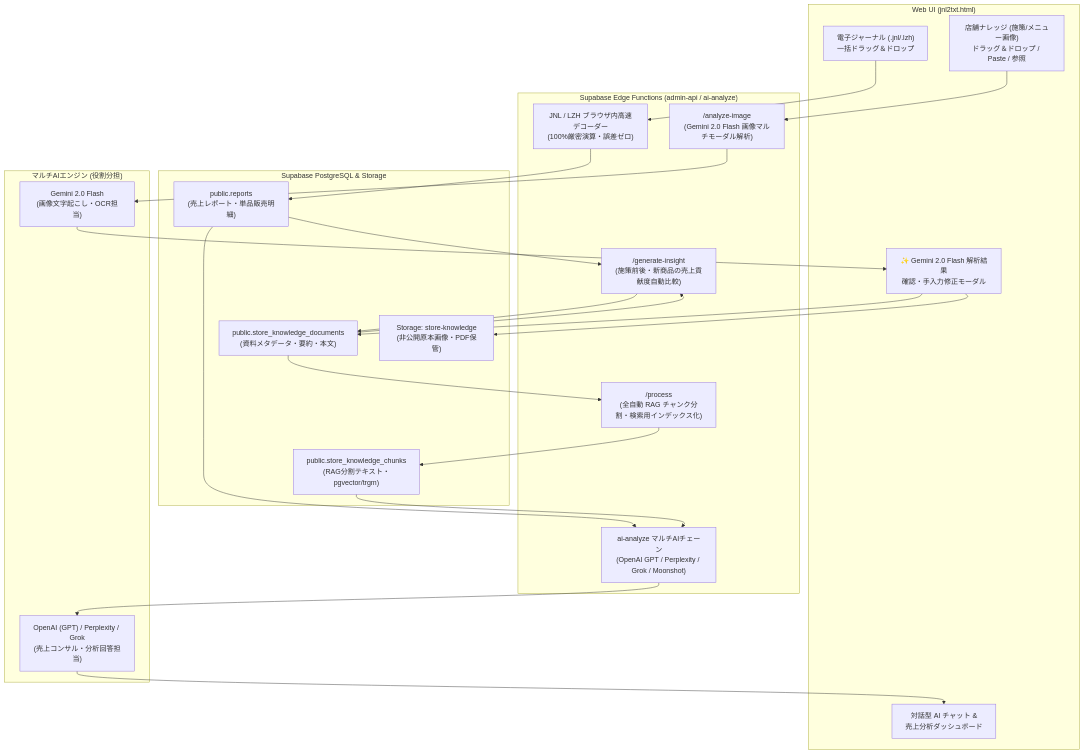
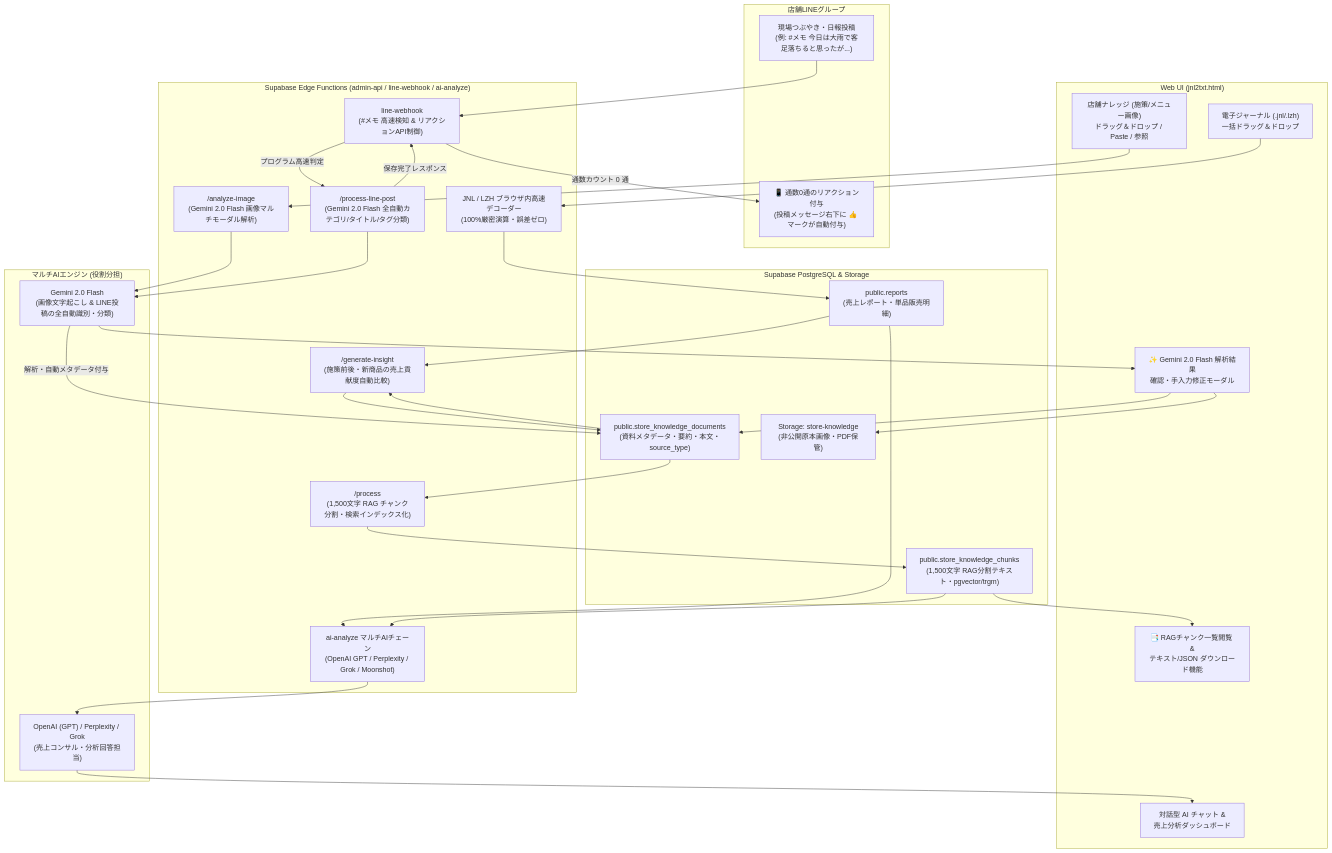
The diagram in SYSTEM_ARCHITECTURE_OVERVIEW.md (MARUGO-s/line_report), drawn with Mermaid before and after one commit. The commit also changed other lines of this file, not shown here.

Commit message:
docs: Fully update SYSTEM_ARCHITECTURE_OVERVIEW.md with LINE #memo auto-categorization, zero-quota reaction, and 1500-char RAG features

````diff
--- a/SYSTEM_ARCHITECTURE_OVERVIEW.md
+++ b/SYSTEM_ARCHITECTURE_OVERVIEW.md
@@ -9,38 +9,53 @@
 ```mermaid
 flowchart TD
     subgraph フロントエンド ["Web UI (jnl2txt.html)"]
         UI_JNL["電子ジャーナル (.jnl/.lzh)\n一括ドラッグ＆ドロップ"]
         UI_KNOWLEDGE["店舗ナレッジ (施策/メニュー画像)\nドラッグ＆ドロップ / Paste / 参照"]
         UI_MODAL["✨ Gemini 2.0 Flash 解析結果\n確認・手入力修正モーダル"]
+        UI_RAG_MODAL["📑 RAGチャンク一覧閲覧 &\nテキスト/JSON ダウンロード機能"]
         UI_CHAT["対話型 AI チャット & \n売上分析ダッシュボード"]
     end
 
-    subgraph バックエンド ["Supabase Edge Functions (admin-api / ai-analyze)"]
+    subgraph 現場LINE ["店舗LINEグループ"]
+        LINE_MSG["現場つぶやき・日報投稿\n(例: #メモ 今日は大雨で客足落ちると思ったが...)"]
+        LINE_REACTION["📱 通数0通のリアクション付与\n(投稿メッセージ右下に 👍 マークが自動付与)"]
+    end
+
+    subgraph バックエンド ["Supabase Edge Functions (admin-api / line-webhook / ai-analyze)"]
         API_PARSER["JNL / LZH ブラウザ内高速デコーダー\n(100%厳密演算・誤差ゼロ)"]
+        API_LINE_WEBHOOK["line-webhook\n(#メモ 高速検知 & リアクションAPI制御)"]
+        API_LINE_POST["/process-line-post\n(Gemini 2.0 Flash 全自動カテゴリ/タイトル/タグ分類)"]
         API_VISION["/analyze-image\n(Gemini 2.0 Flash 画像マルチモーダル解析)"]
-        API_RAG["/process\n(全自動 RAG チャンク分割・検索用インデックス化)"]
+        API_RAG["/process\n(1,500文字 RAG チャンク分割・検索インデックス化)"]
         API_INSIGHT["/generate-insight\n(施策前後・新商品の売上貢献度自動比較)"]
         API_AI_CHAIN["ai-analyze マルチAIチェーン\n(OpenAI GPT / Perplexity / Grok / Moonshot)"]
     end
 
     subgraph データベース ["Supabase PostgreSQL & Storage"]
-        DB_DOCS["public.store_knowledge_documents\n(資料メタデータ・要約・本文)"]
-        DB_CHUNKS["public.store_knowledge_chunks\n(RAG分割テキスト・pgvector/trgm)"]
+        DB_DOCS["public.store_knowledge_documents\n(資料メタデータ・要約・本文・source_type)"]
+        DB_CHUNKS["public.store_knowledge_chunks\n(1,500文字 RAG分割テキスト・pgvector/trgm)"]
         DB_REPORTS["public.reports\n(売上レポート・単品販売明細)"]
         STORAGE_BUCKET["Storage: store-knowledge\n(非公開原本画像・PDF保管)"]
     end
 
     subgraph 外部AI ["マルチAIエンジン (役割分担)"]
-        GEMINI_VISION["Gemini 2.0 Flash\n(画像文字起こし・OCR担当)"]
+        GEMINI_VISION["Gemini 2.0 Flash\n(画像文字起こし & LINE投稿の全自動識別・分類)"]
         MAIN_AI_CHAIN["OpenAI (GPT) / Perplexity / Grok\n(売上コンサル・分析回答担当)"]
     end
 
     %% データフロー
     UI_JNL --> API_PARSER --> DB_REPORTS
     UI_KNOWLEDGE --> API_VISION --> GEMINI_VISION
     GEMINI_VISION --> UI_MODAL --> DB_DOCS & STORAGE_BUCKET
+    
+    LINE_MSG --> API_LINE_WEBHOOK
+    API_LINE_WEBHOOK -->|プログラム高速判定| API_LINE_POST --> GEMINI_VISION
+    GEMINI_VISION -->|解析・自動メタデータ付与| DB_DOCS
+    API_LINE_POST -->|保存完了レスポンス| API_LINE_WEBHOOK -->|通数カウント 0 通| LINE_REACTION
+
     DB_DOCS --> API_RAG --> DB_CHUNKS
+    DB_CHUNKS --> UI_RAG_MODAL
     DB_REPORTS & DB_CHUNKS --> API_AI_CHAIN --> MAIN_AI_CHAIN
     MAIN_AI_CHAIN --> UI_CHAT
     DB_REPORTS & DB_DOCS --> API_INSIGHT --> DB_DOCS
 ```
````
